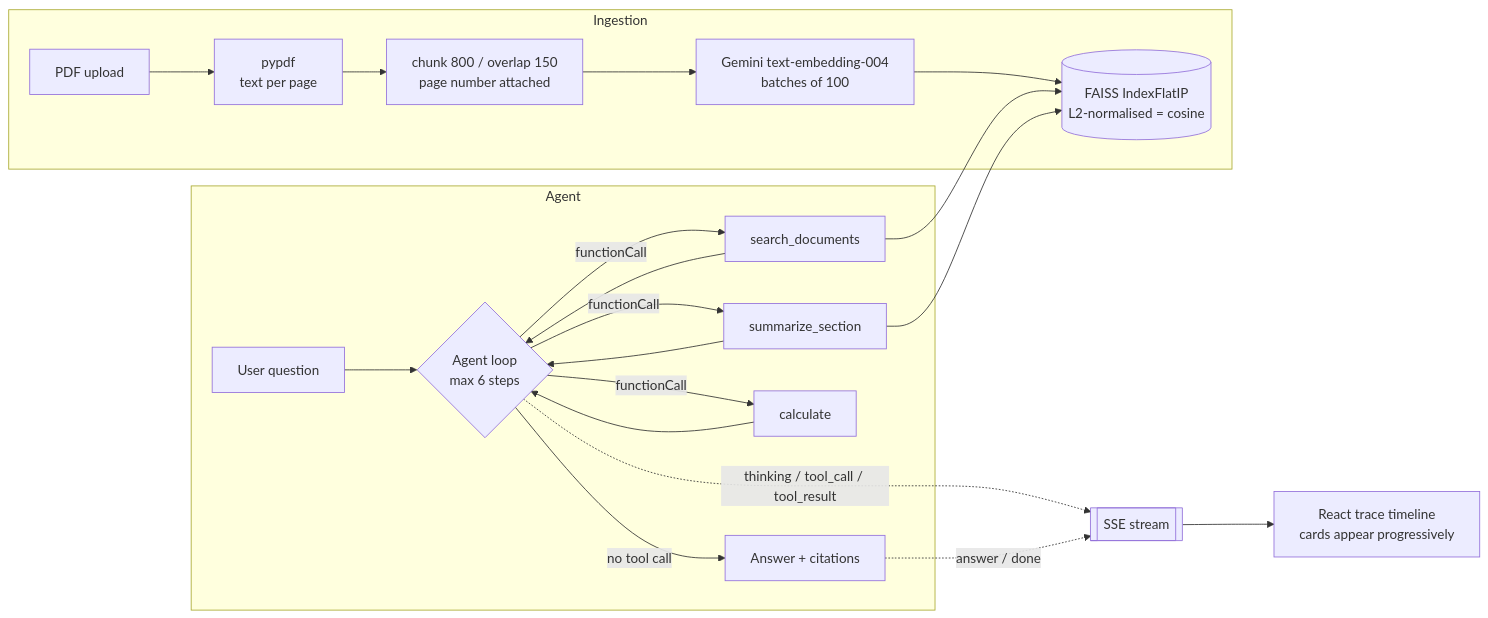
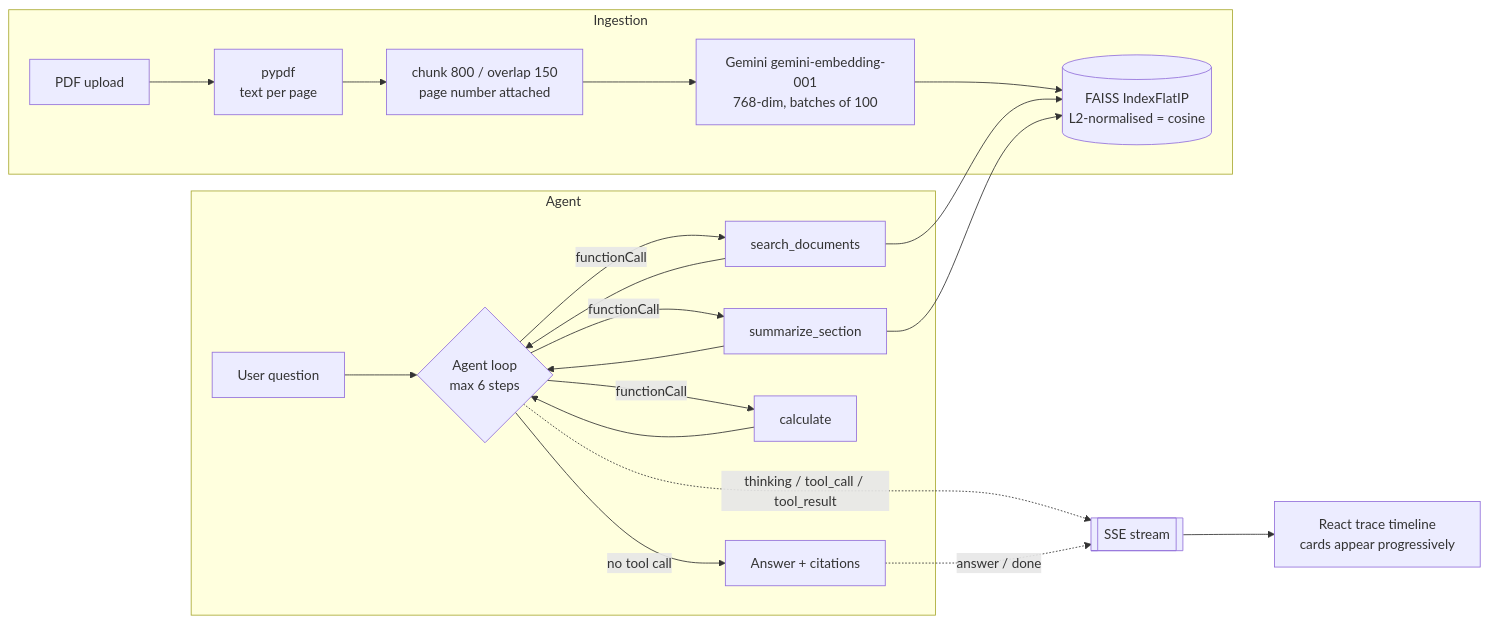
One commit to DhanushaVardhan/agenttrace changed the diagram in README.md. Above: the diagram before and after it, drawn with Mermaid. The commit also changed other lines of this file and 3 other files, not shown here.

First line of the commit message:
Switch to gemini-embedding-001; text-embedding-004 was retired

````diff
--- a/README.md
+++ b/README.md
@@ -23,26 +23,26 @@
 ```mermaid
 flowchart LR
     subgraph Ingestion
         A[PDF upload] --> B[pypdf<br/>text per page]
         B --> C[chunk 800 / overlap 150<br/>page number attached]
-        C --> D[Gemini text-embedding-004<br/>batches of 100]
+        C --> D[Gemini gemini-embedding-001<br/>768-dim, batches of 100]
         D --> E[(FAISS IndexFlatIP<br/>L2-normalised = cosine)]
     end
 
     subgraph Agent
         F[User question] --> G{Agent loop<br/>max 6 steps}
         G -->|functionCall| H[search_documents]
         G -->|functionCall| I[summarize_section]
         G -->|functionCall| J[calculate]
         H --> E
         I --> E
         H --> G
         I --> G
         J --> G
         G -->|no tool call| K[Answer + citations]
     end
 
     G -.->|thinking / tool_call / tool_result| L[[SSE stream]]
     K -.->|answer / done| L
     L --> M[React trace timeline<br/>cards appear progressively]
 ```
````
